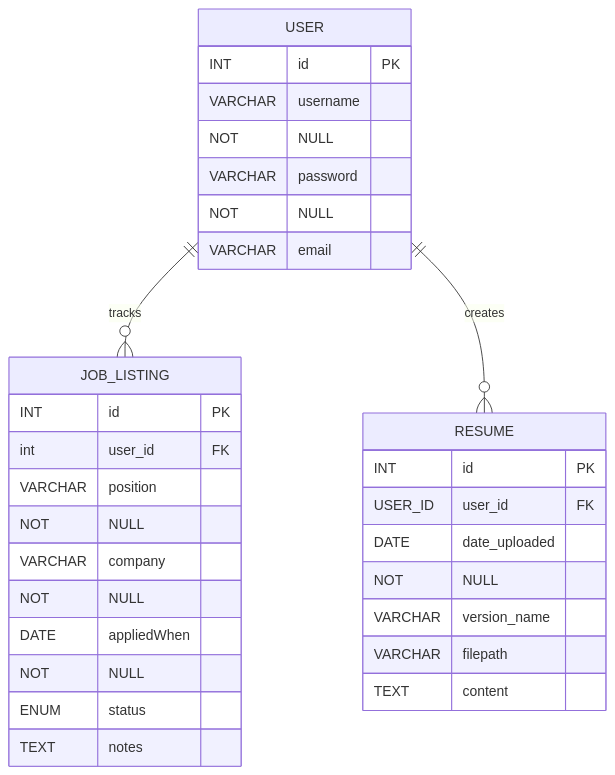
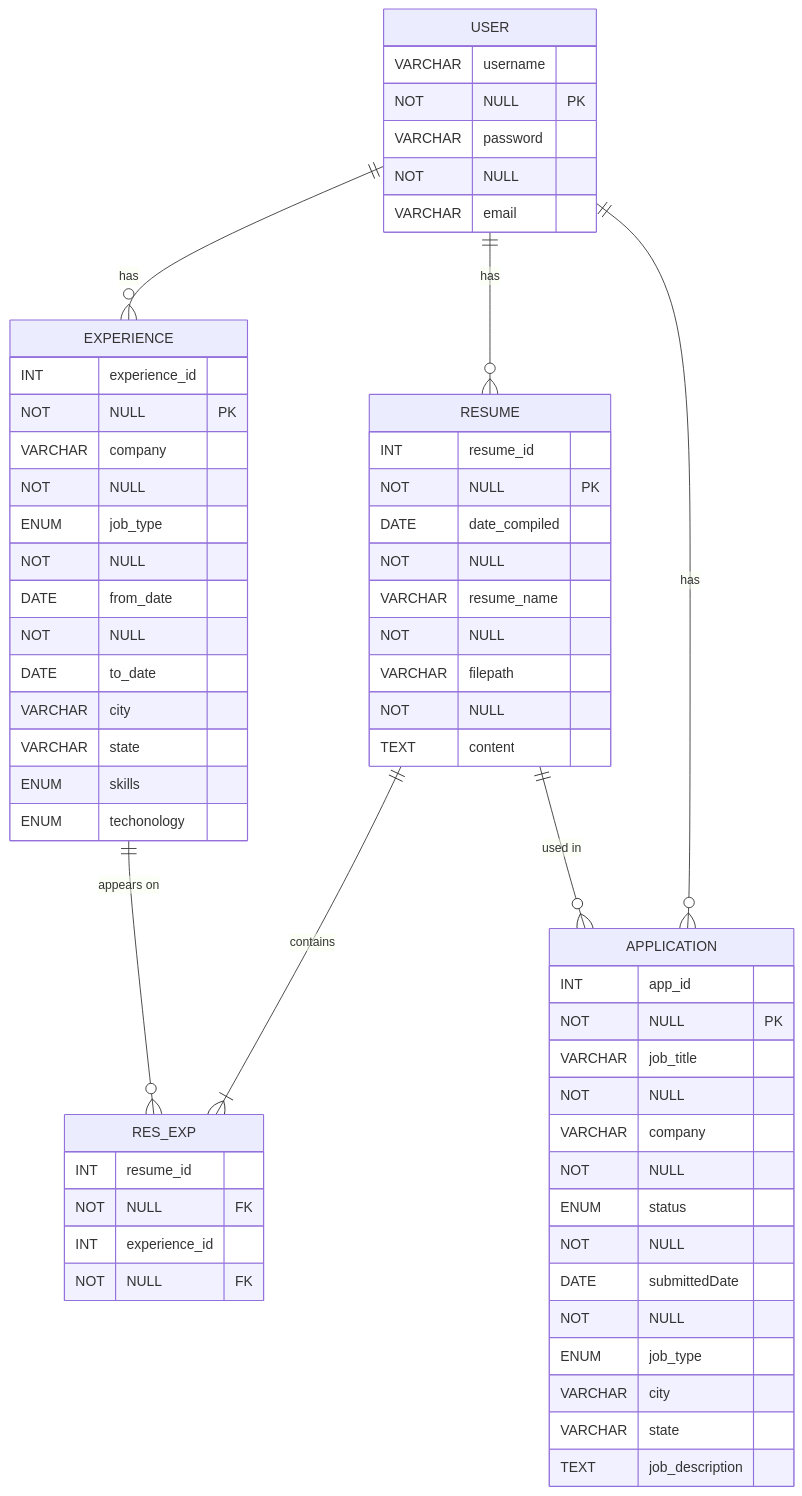
Before and after one commit to ajtroup1/AIS-2025: the first of 2 diagrams in docs/DATA.md, drawn with Mermaid. The commit also changed other lines of this file and 1 other file, not shown here.

````diff
--- a/docs/DATA.md
+++ b/docs/DATA.md
@@ -9,28 +11,48 @@
 ```mermaid
 erDiagram
     USER {
-        INT id PK
-        VARCHAR username NOT NULL
+        VARCHAR username NOT NULL PK
         VARCHAR password NOT NULL
         VARCHAR email
     }
-    JOB_LISTING {
-        INT id PK
-        int user_id FK
-        VARCHAR position NOT NULL
+    EXPERIENCE{
+        INT experience_id NOT NULL PK
         VARCHAR company NOT NULL
-        DATE appliedWhen NOT NULL
-        ENUM status
-        TEXT notes
+        ENUM job_type NOT NULL
+        DATE from_date NOT NULL
+        DATE to_date
+        VARCHAR city
+        VARCHAR state
+        ENUM skills
+        ENUM techonology
     }
     RESUME {
-        INT id PK
-        USER_ID user_id FK
-        DATE date_uploaded NOT NULL
-        VARCHAR version_name
-        VARCHAR filepath
+        INT resume_id NOT NULL PK
+        DATE date_compiled NOT NULL
+        VARCHAR resume_name NOT NULL
+        VARCHAR filepath NOT NULL
         TEXT content
     }
-    USER ||--o{ JOB_LISTING : "tracks"
-    USER ||--o{ RESUME : "creates"
+    RES_EXP {
+        INT resume_id NOT NULL FK
+        INT experience_id NOT NULL FK
+    }
+    APPLICATION {
+        INT app_id NOT NULL PK
+        VARCHAR job_title NOT NULL
+        VARCHAR company NOT NULL
+        ENUM status NOT NULL
+        DATE submittedDate NOT NULL
+        ENUM job_type
+        VARCHAR city
+        VARCHAR state
+        TEXT job_description
+    }
+
+    USER ||--o{ EXPERIENCE : "has"
+    USER ||--o{ RESUME : "has"
+    USER ||--o{ APPLICATION : "has"
+    EXPERIENCE ||--o{ RES_EXP : "appears on"
+    RESUME ||--|{ RES_EXP : "contains"
+    RESUME ||--o{ APPLICATION : "used in"
 ```
````
